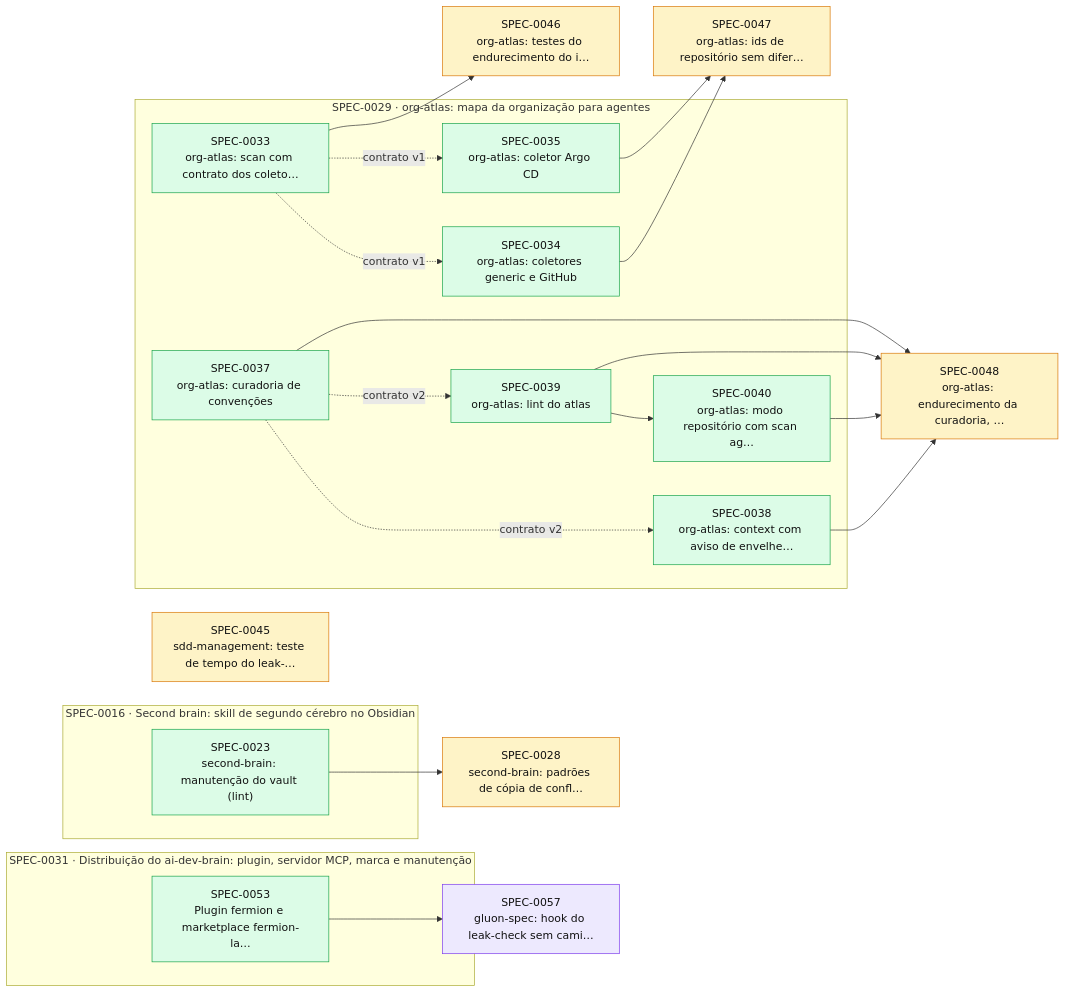
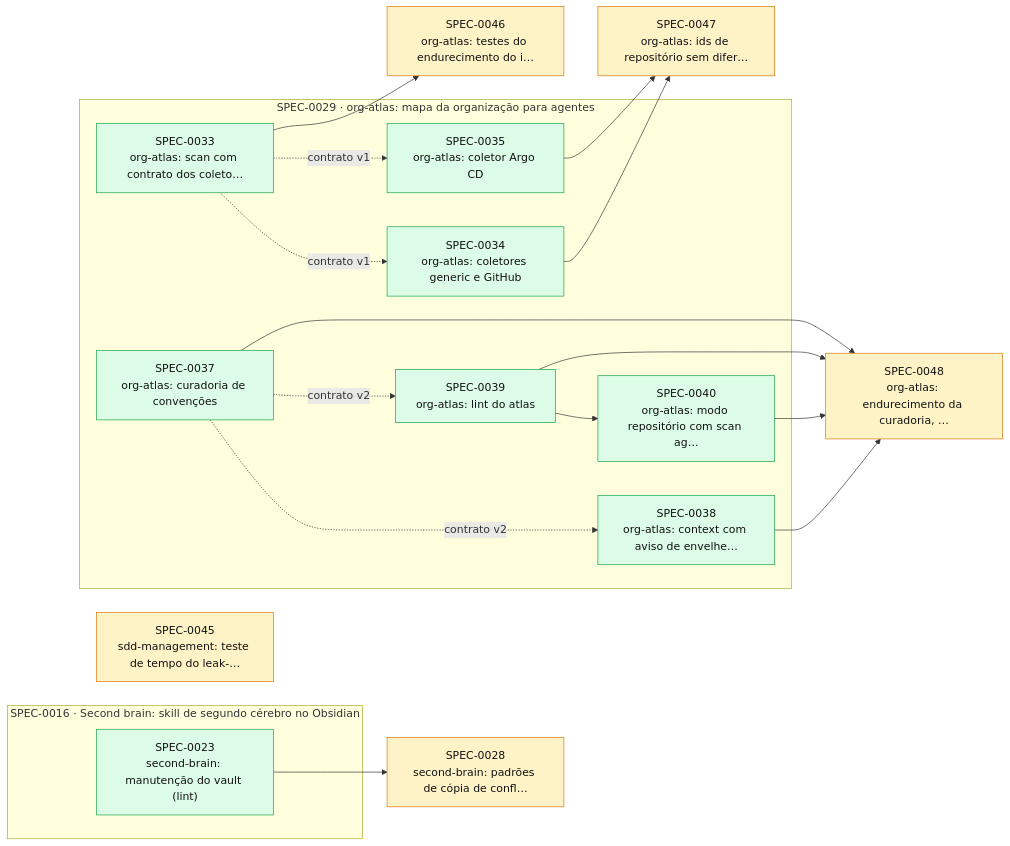
One commit to thomasravache/ai-dev-brain changed the diagram in docs/specs/INDEX.md. Above: the diagram before and after it, drawn with Mermaid. The commit also changed other lines of this file and 1 other file, not shown here.

First line of the commit message:
docs(specs): G7 e fechamento da SPEC-0057

````diff
--- a/docs/specs/INDEX.md
+++ b/docs/specs/INDEX.md
@@ -53,43 +52,38 @@
 ```mermaid
 flowchart LR
   S0028["SPEC-0028<br/>second-brain: padrões de cópia de confl…"]:::proposed
   S0045["SPEC-0045<br/>sdd-management: teste de tempo do leak-…"]:::proposed
   S0046["SPEC-0046<br/>org-atlas: testes do endurecimento do i…"]:::proposed
   S0047["SPEC-0047<br/>org-atlas: ids de repositório sem difer…"]:::proposed
   S0048["SPEC-0048<br/>org-atlas: endurecimento da curadoria, …"]:::proposed
-  S0057["SPEC-0057<br/>gluon-spec: hook do leak-check sem cami…"]:::inprogress
   subgraph E0016["SPEC-0016 · Second brain: skill de segundo cérebro no Obsidian"]
     S0023["SPEC-0023<br/>second-brain: manutenção do vault (lint)"]:::implemented
   end
   subgraph E0029["SPEC-0029 · org-atlas: mapa da organização para agentes"]
     S0033["SPEC-0033<br/>org-atlas: scan com contrato dos coleto…"]:::implemented
     S0034["SPEC-0034<br/>org-atlas: coletores generic e GitHub"]:::implemented
     S0035["SPEC-0035<br/>org-atlas: coletor Argo CD"]:::implemented
     S0037["SPEC-0037<br/>org-atlas: curadoria de convenções"]:::implemented
     S0038["SPEC-0038<br/>org-atlas: context com aviso de envelhe…"]:::implemented
     S0039["SPEC-0039<br/>org-atlas: lint do atlas"]:::implemented
     S0040["SPEC-0040<br/>org-atlas: modo repositório com scan ag…"]:::implemented
-  end
-  subgraph E0031["SPEC-0031 · Distribuição do ai-dev-brain: plugin, servidor MCP, marca e manutenção"]
-    S0053["SPEC-0053<br/>Plugin fermion e marketplace fermion-la…"]:::implemented
   end
   S0023 --> S0028
   S0033 -. contrato v1 .-> S0034
   S0033 -. contrato v1 .-> S0035
   S0037 -. contrato v2 .-> S0038
   S0037 -. contrato v2 .-> S0039
   S0039 --> S0040
   S0033 --> S0046
   S0034 --> S0047
   S0035 --> S0047
   S0037 --> S0048
   S0038 --> S0048
   S0039 --> S0048
   S0040 --> S0048
-  S0053 --> S0057
   classDef proposed fill:#fef3c7,stroke:#d97706,color:#111
   classDef approved fill:#dbeafe,stroke:#2563eb,color:#111
   classDef inprogress fill:#ede9fe,stroke:#7c3aed,color:#111
   classDef implemented fill:#dcfce7,stroke:#16a34a,color:#111
   classDef deprecated fill:#f3f4f6,stroke:#9ca3af,color:#6b7280
 ```
````
